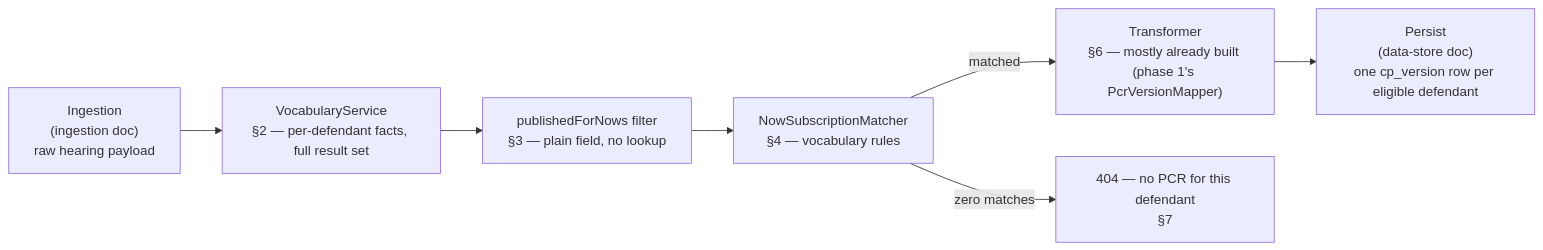
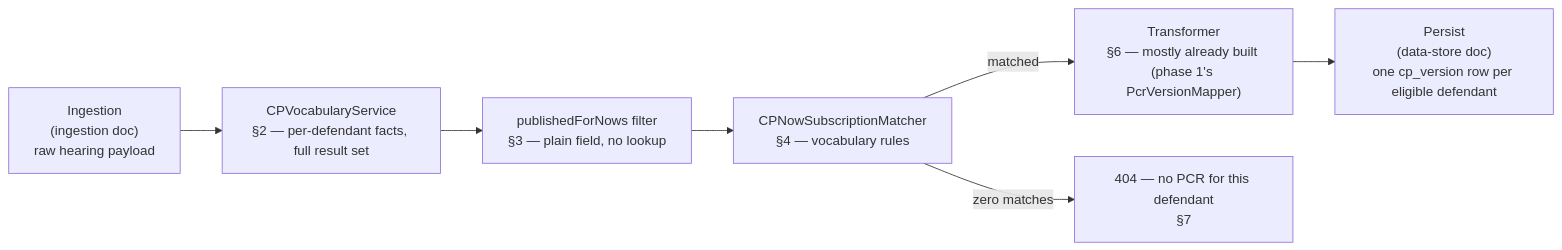
Before and after one commit to hmcts/service-cp-crime-results-pcr: the diagram in docs/designs/2026-07-22-pcr-orchestrator-design.md, drawn with Mermaid. The commit also changed other lines of this file and 27 other files, not shown here.

````diff
--- a/docs/designs/2026-07-22-pcr-orchestrator-design.md
+++ b/docs/designs/2026-07-22-pcr-orchestrator-design.md
@@ -92,9 +92,9 @@
 ```mermaid
 flowchart LR
-    Ingestion["Ingestion<br/>(ingestion doc)<br/>raw hearing payload"] --> Vocab["VocabularyService<br/>§2 — per-defendant facts, full result set"]
+    Ingestion["Ingestion<br/>(ingestion doc)<br/>raw hearing payload"] --> Vocab["CPVocabularyService<br/>§2 — per-defendant facts, full result set"]
     Vocab --> Filter["publishedForNows filter<br/>§3 — plain field, no lookup"]
-    Filter --> Gate["NowSubscriptionMatcher<br/>§4 — vocabulary rules"]
+    Filter --> Gate["CPNowSubscriptionMatcher<br/>§4 — vocabulary rules"]
     Gate -->|"matched"| Transform["Transformer<br/>§6 — mostly already built (phase 1's PcrVersionMapper)"]
     Gate -->|"zero matches"| NoPcr["404 — no PCR for this defendant<br/>§7"]
     Transform --> Persist["Persist<br/>(data-store doc)<br/>one cp_version row per eligible defendant"]
 ```
````
